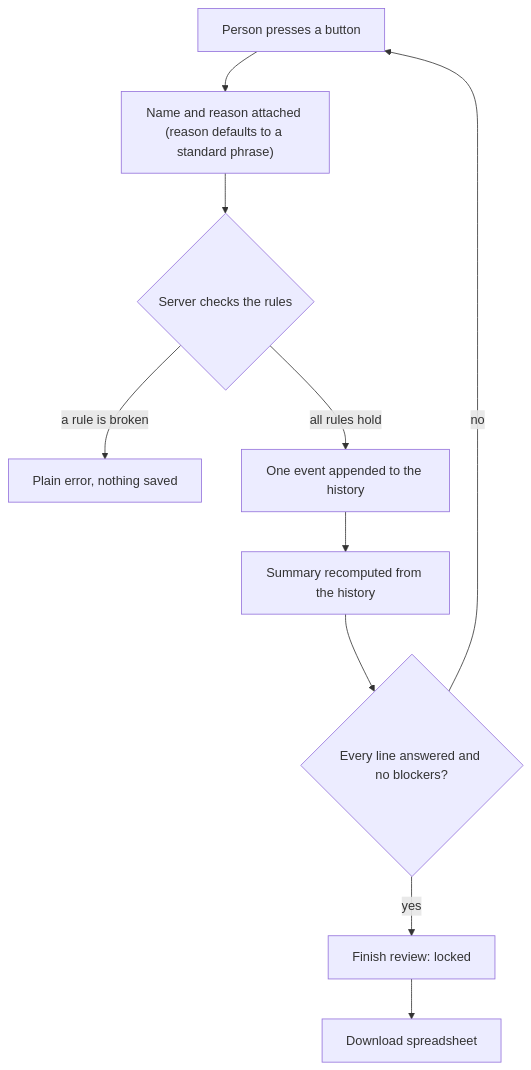
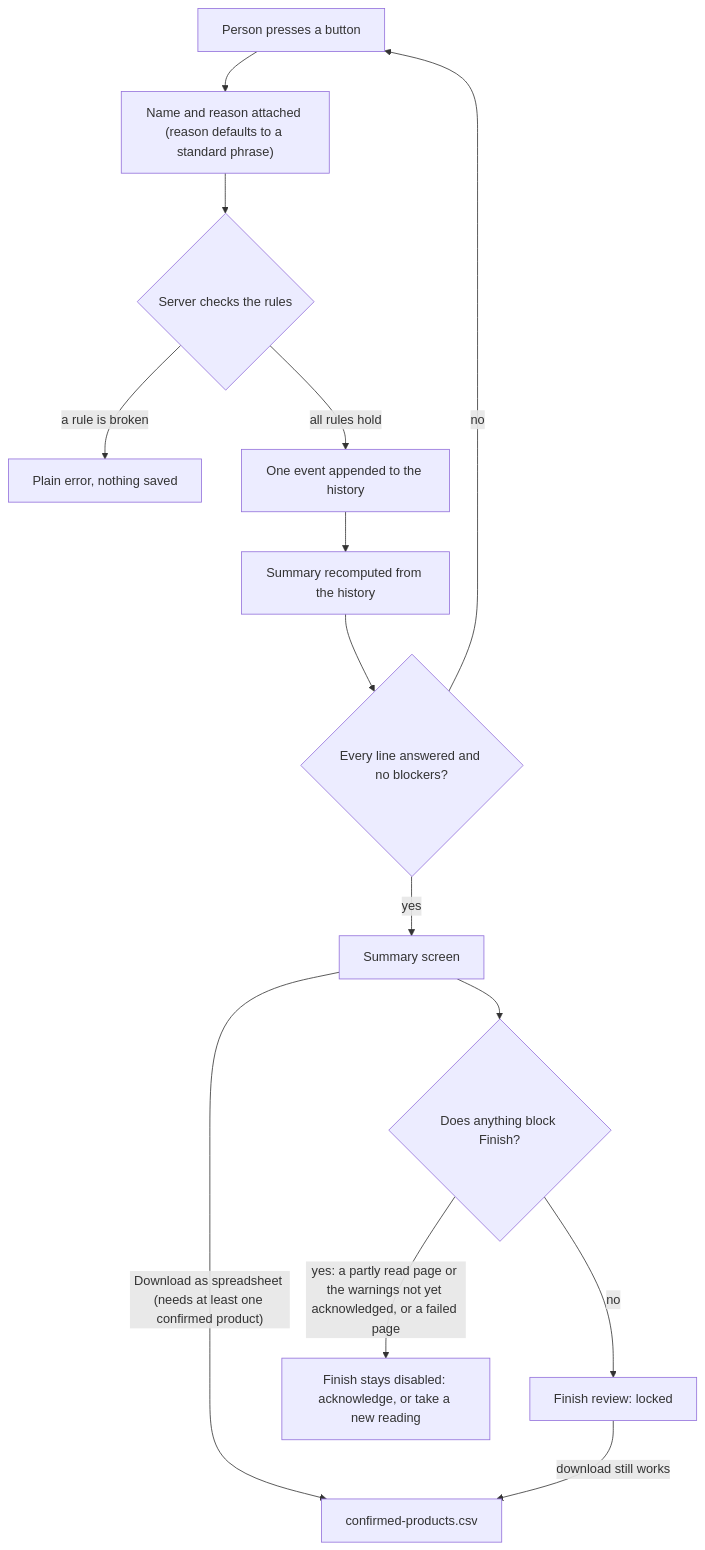
One commit to CarlitosRed/advance-po-reader changed the diagram in docs/how-it-works/06-decisions-and-saved-data.md. Above: the diagram before and after it, drawn with Mermaid. The commit also changed other lines of this file and 8 other files, not shown here.

Commit message:
docs(how-it-works): fix PR #22 review findings (validation, routes, tiers, review screen, export, v1 landing, code links)

````diff
--- a/docs/how-it-works/06-decisions-and-saved-data.md
+++ b/docs/how-it-works/06-decisions-and-saved-data.md
@@ -22,12 +22,16 @@
 ```mermaid
 flowchart TD
   P["Person presses a button"] --> A["Name and reason attached (reason defaults to a standard phrase)"]
   A --> V{"Server checks the rules"}
   V -->|"a rule is broken"| E["Plain error, nothing saved"]
   V -->|"all rules hold"| W["One event appended to the history"]
   W --> S["Summary recomputed from the history"]
   S --> F{"Every line answered and no blockers?"}
   F -->|"no"| P
-  F -->|"yes"| R["Finish review: locked"]
-  R --> C["Download spreadsheet"]
+  F -->|"yes"| SUMM["Summary screen"]
+  SUMM -->|"Download as spreadsheet (needs at least one confirmed product)"| C["confirmed-products.csv"]
+  SUMM --> B{"Does anything block Finish?"}
+  B -->|"yes: a partly read page or the warnings not yet acknowledged, or a failed page"| K["Finish stays disabled: acknowledge, or take a new reading"]
+  B -->|"no"| R["Finish review: locked"]
+  R -->|"download still works"| C
 ```
````
